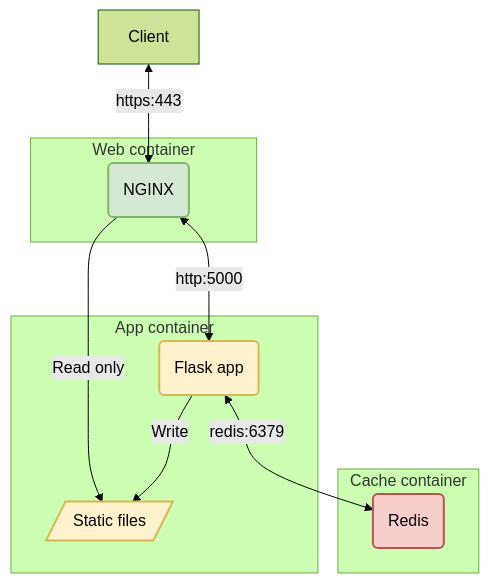
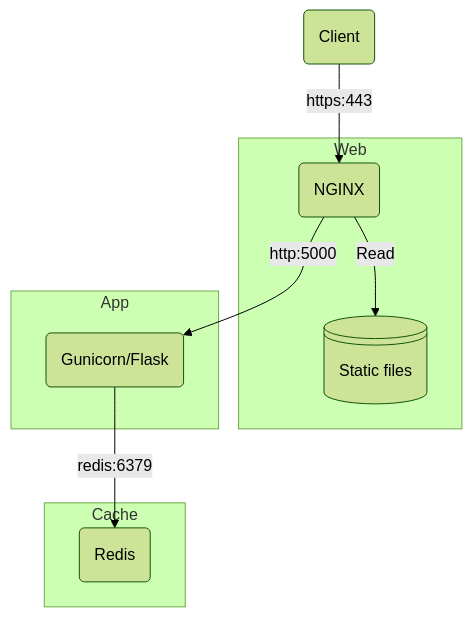
Before and after one commit to LandRegistry/govuk-frontend-flask: the second of 2 diagrams in README.md, drawn with Mermaid (forest theme). The commit also changed other lines of this file, not shown here.

Commit message:
document build process

````diff
--- a/README.md
+++ b/README.md
@@ -72,30 +100,23 @@
 ```mermaid
 flowchart TB
-    cache1(Redis):::CACHE
-    Client
-    prox1(NGINX):::PROXY
-    web1(Flask app):::WEB
-    web2[/Static files/]:::WEB
+    redis(Redis)
+    client(Client)
+    nginx(NGINX)
+    flask(Gunicorn/Flask)
+    static@{ shape: lin-cyl, label: "Static files" }
 
-    Client <-- https:443 --> prox1 <-- http:5000 --> web1
-    prox1 -- Read only --> web2
-    web1 -- Write --> web2
-    web1 <-- redis:6379 --> cache1
+    client -- https:443 --> nginx -- http:5000 --> flask
+    flask -- redis:6379 --> redis
 
-    subgraph Web container
-        prox1
+    subgraph Web
+        nginx -- Read --> static
     end
 
-    subgraph App container
-        web1
-        web2
+    subgraph App
+        flask
     end
 
-    subgraph Cache container
-        cache1
+    subgraph Cache
+        redis
     end
-
-    classDef CACHE fill:#F8CECC,stroke:#B85450,stroke-width:2px
-    classDef PROXY fill:#D5E8D4,stroke:#82B366,stroke-width:2px
-    classDef WEB fill:#FFF2CC,stroke:#D6B656,stroke-width:2px
 ```
````
